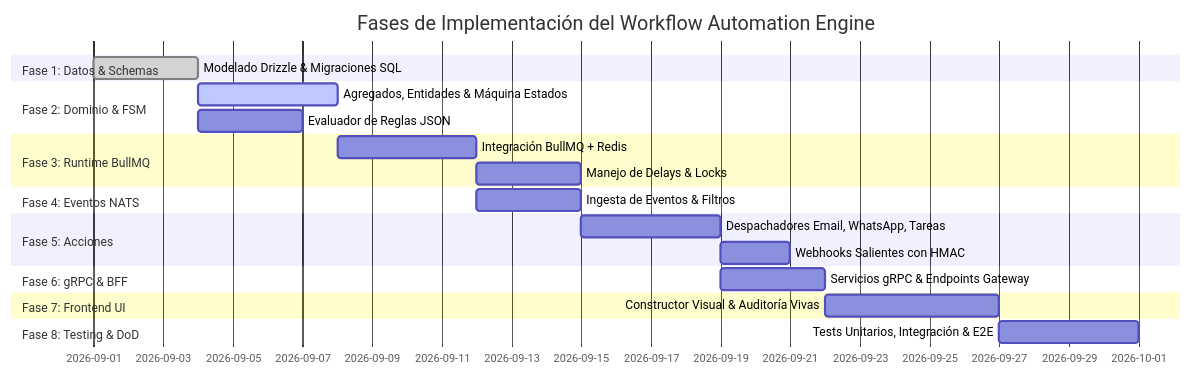
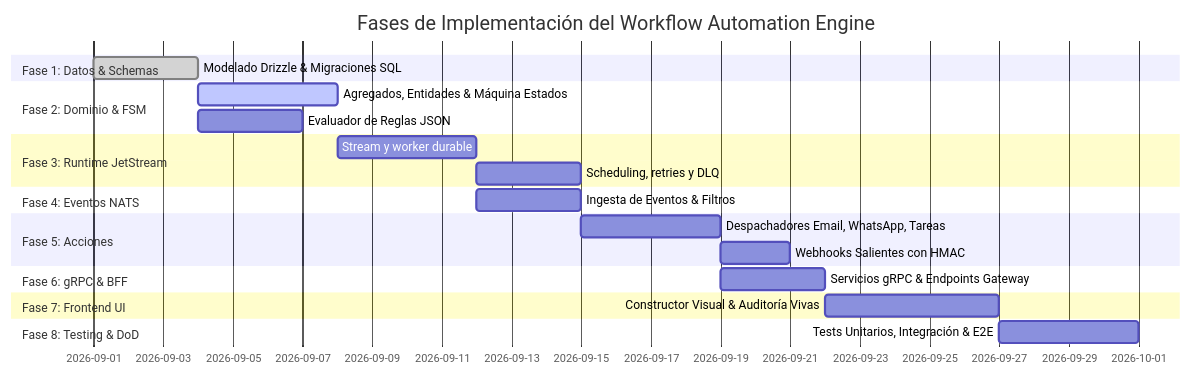
The diagram in docs/WORKFLOW_AUTOMATION_ENGINE_ROADMAP.md (programadorkevinsvega-sys/nexora-crm), drawn with Mermaid before and after one commit. The commit also changed other lines of this file and 23 other files, not shown here.

First line of the commit message:
feat(automation): add JetStream delayed workflow runtime (#17)

````diff
--- a/docs/WORKFLOW_AUTOMATION_ENGINE_ROADMAP.md
+++ b/docs/WORKFLOW_AUTOMATION_ENGINE_ROADMAP.md
@@ -76,24 +76,24 @@
 ```mermaid
 gantt
     title Fases de Implementación del Workflow Automation Engine
     dateFormat  YYYY-MM-DD
     section Fase 1: Datos & Schemas
     Modelado Drizzle & Migraciones SQL    :done, f1, 2026-09-01, 3d
     section Fase 2: Dominio & FSM
     Agregados, Entidades & Máquina Estados :active, f2, after f1, 4d
     Evaluador de Reglas JSON               :f2b, after f1, 3d
-    section Fase 3: Runtime BullMQ
-    Integración BullMQ + Redis            :f3, after f2, 4d
-    Manejo de Delays & Locks              :f3b, after f3, 3d
+    section Fase 3: Runtime JetStream
+    Stream y worker durable               :f3, after f2, 4d
+    Scheduling, retries y DLQ             :f3b, after f3, 3d
     section Fase 4: Eventos NATS
     Ingesta de Eventos & Filtros          :f4, after f3, 3d
     section Fase 5: Acciones
     Despachadores Email, WhatsApp, Tareas  :f5, after f4, 4d
     Webhooks Salientes con HMAC           :f5b, after f5, 2d
     section Fase 6: gRPC & BFF
     Servicios gRPC & Endpoints Gateway    :f6, after f5, 3d
     section Fase 7: Frontend UI
     Constructor Visual & Auditoría Vivas  :f7, after f6, 5d
     section Fase 8: Testing & DoD
     Tests Unitarios, Integración & E2E    :f8, after f7, 4d
 ```
````
